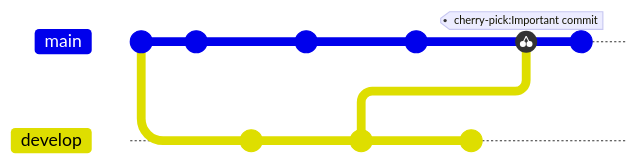
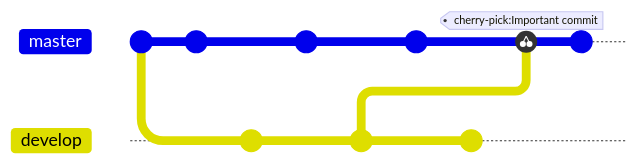
The diagram in assets/mermaid/git/cherry-pick.mmd (PonomaryovVladyslav/PythonCourses), drawn with Mermaid before and after one commit. The commit also changed 6 other files, not shown here. Commit ids are hidden.

Commit message:
Change mermaid diagrams: default branch renamed to "master"

```diff
--- a/assets/mermaid/git/cherry-pick.mmd
+++ b/assets/mermaid/git/cherry-pick.mmd
@@ -1,18 +1,19 @@
+%%{init: {'gitGraph': {'mainBranchName': 'master'}} }%%
 gitGraph
     commit id: "Initial commit"
     branch develop
-    checkout main
+    checkout master
     commit
     checkout develop
     commit
-    checkout main
+    checkout master
     commit
     checkout develop
     commit id: "Important commit"
-    checkout main
+    checkout master
     commit
     checkout develop
     commit
-    checkout main
+    checkout master
     cherry-pick id: "Important commit"
     commit
```
